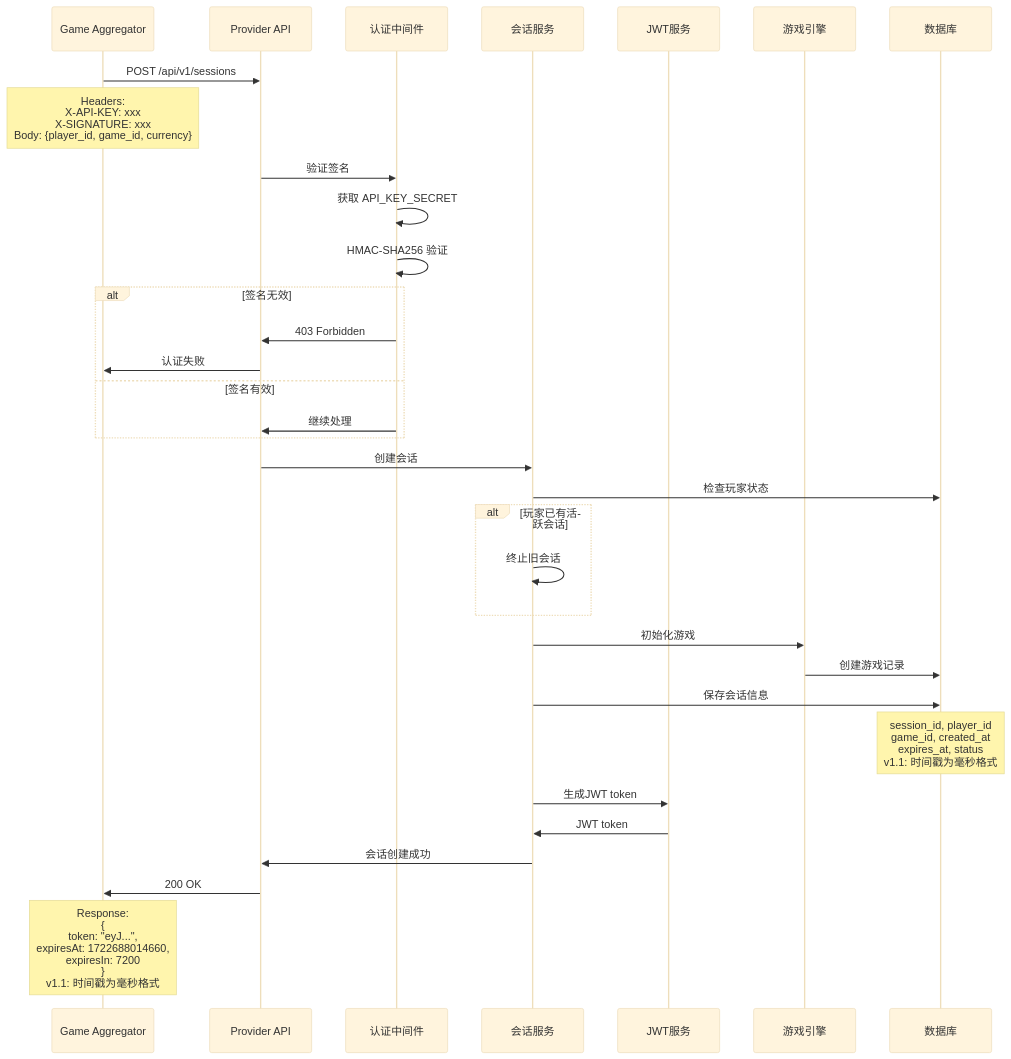
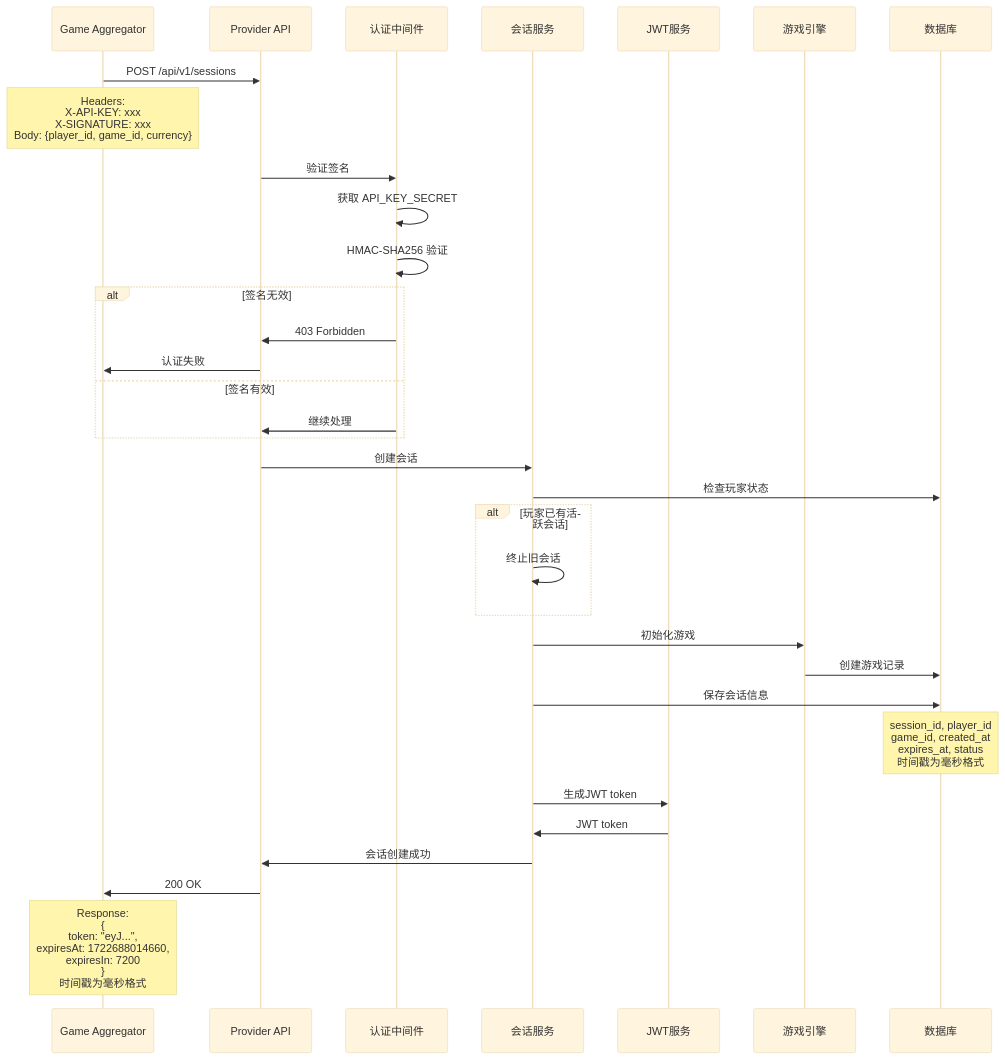
Diagram 28 of 32 in sequence-diagrams-zh.md (infigaming-com/invoker-gh-pages), drawn with Mermaid (base theme) before and after one commit. The commit also changed other lines of this file and 3 other files, not shown here.

````diff
--- a/sequence-diagrams-zh.md
+++ b/sequence-diagrams-zh.md
@@ -1143,43 +1312,43 @@
 ```mermaid
 sequenceDiagram
     participant GA as Game Aggregator
     participant ProviderAPI as Provider API
     participant AuthMiddleware as 认证中间件
     participant SessionService as 会话服务
     participant JWTService as JWT服务
     participant GameEngine as 游戏引擎
     participant Database as 数据库
 
     GA->>ProviderAPI: POST /api/v1/sessions
     Note over GA: Headers:<br/>X-API-KEY: xxx<br/>X-SIGNATURE: xxx<br/>Body: {player_id, game_id, currency}
 
     ProviderAPI->>AuthMiddleware: 验证签名
     AuthMiddleware->>AuthMiddleware: 获取 API_KEY_SECRET
     AuthMiddleware->>AuthMiddleware: HMAC-SHA256 验证
     
     alt 签名无效
         AuthMiddleware->>ProviderAPI: 403 Forbidden
         ProviderAPI->>GA: 认证失败
     else 签名有效
         AuthMiddleware->>ProviderAPI: 继续处理
     end
 
     ProviderAPI->>SessionService: 创建会话
     SessionService->>Database: 检查玩家状态
     
     alt 玩家已有活跃会话
         SessionService->>SessionService: 终止旧会话
     end
     
     SessionService->>GameEngine: 初始化游戏
     GameEngine->>Database: 创建游戏记录
     
     SessionService->>Database: 保存会话信息
-    Note over Database: session_id, player_id<br/>game_id, created_at<br/>expires_at, status<br/>v1.1: 时间戳为毫秒格式
+    Note over Database: session_id, player_id<br/>game_id, created_at<br/>expires_at, status<br/>时间戳为毫秒格式
 
     SessionService->>JWTService: 生成JWT token
     JWTService->>SessionService: JWT token
     SessionService->>ProviderAPI: 会话创建成功
     ProviderAPI->>GA: 200 OK
-    Note over GA: Response:<br/>{<br/>  token: "eyJ...",<br/>  expiresAt: 1722688014660,<br/>  expiresIn: 7200<br/>}<br/>v1.1: 时间戳为毫秒格式
+    Note over GA: Response:<br/>{<br/>  token: "eyJ...",<br/>  expiresAt: 1722688014660,<br/>  expiresIn: 7200<br/>}<br/>时间戳为毫秒格式
 ```
````
